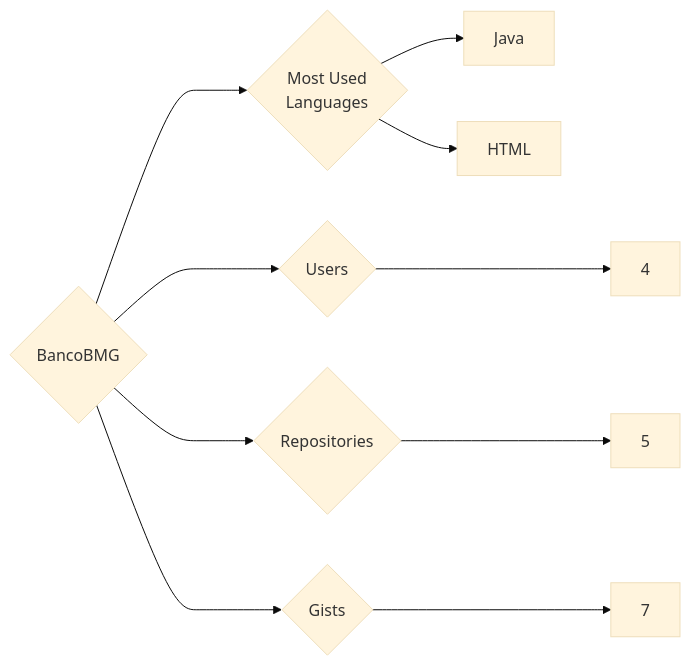
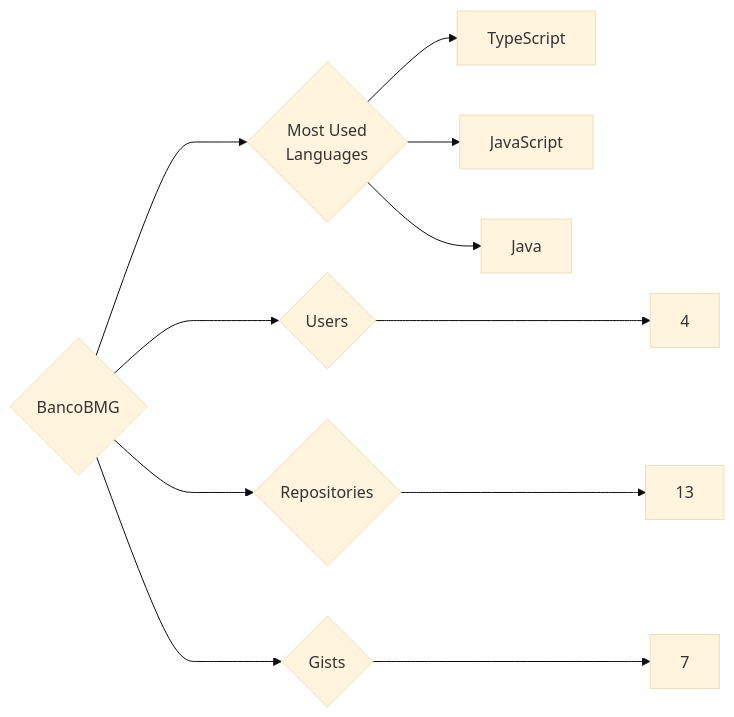
One commit to trickest/insiders changed the diagram in targets/BancoBMG/README.md. Above: the diagram before and after it, drawn with Mermaid (base theme). The commit also changed 783 other files, not shown here.

````diff
--- a/targets/BancoBMG/README.md
+++ b/targets/BancoBMG/README.md
@@ -3,10 +3,11 @@
 ```mermaid
 graph LR
 COMPANY_NAME{BancoBMG}
 COMPANY_NAME ---> U{Users} ---> UN[4]
-COMPANY_NAME ---> R{Repositories} ---> RN[5]
+COMPANY_NAME ---> R{Repositories} ---> RN[13]
 COMPANY_NAME ---> G{Gists} ---> GN[7]
 COMPANY_NAME ---> ML{Most Used<br>Languages}
+ML --> TypeScript[TypeScript]
+ML --> JavaScript[JavaScript]
 ML --> Java[Java]
-ML --> HTML[HTML]
 ```
````
